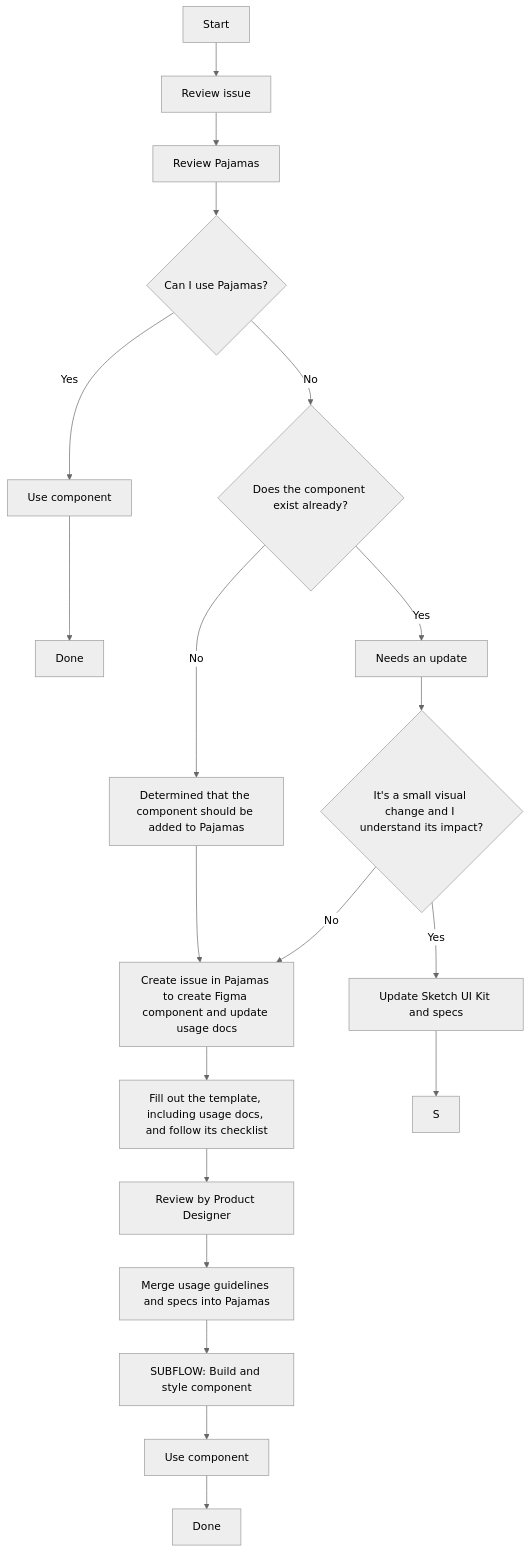
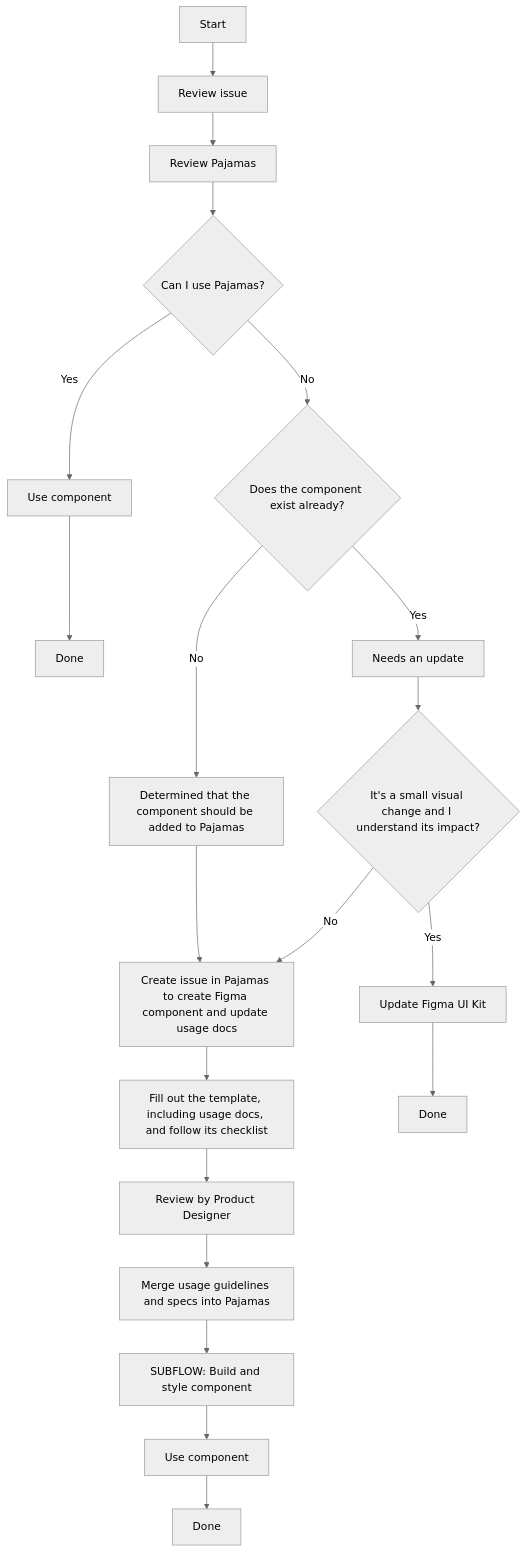
Before and after one commit to khulnasoft-lab/design.khulnasoft.com: the diagram in doc/component-lifecycle.md, drawn with Mermaid (neutral theme).

Commit message:
Simplify if its a small change

````diff
--- a/doc/component-lifecycle.md
+++ b/doc/component-lifecycle.md
@@ -64,25 +64,25 @@
 ```mermaid
 graph TD;
 A[Start] -->B[Review issue]
 B--> C[Review Pajamas]
 click C "https://design.gitlab.com"
 C-->D{Can I use Pajamas?}
 D-->|Yes| E[Use component]
 E-->F[Done]
 D-->|No| G{Does the component exist already?}
 G-->|No| H[Determined that the component should be added to Pajamas]
 H-->I[Create issue in Pajamas to create Figma component and update usage docs]
 click I "https://gitlab.com/gitlab-org/gitlab-services/design.gitlab.com/-/issues/new?issuable_template=New%20component"
 I-->J[Fill out the template, including usage docs, and follow its checklist]
 J-->K[Review by Product Designer]
 K-->L[Merge usage guidelines and specs into Pajamas]
 L-->M[SUBFLOW: Build and style component]
 click M "https://gitlab.com/gitlab-org/gitlab-ui/blob/master/doc/component-lifecycle.md"
 M-->N[Use component]
 N-->O[Done]
 G-->|Yes| P[Needs an update]
 P-->Q{It's a small visual change and I understand its impact?}
-Q-->|Yes| R[Update Sketch UI Kit and specs]
-R-->S
+Q-->|Yes| R[Update Figma UI Kit]
 Q-->|No| I
+R-->S[Done]
 ```
````
